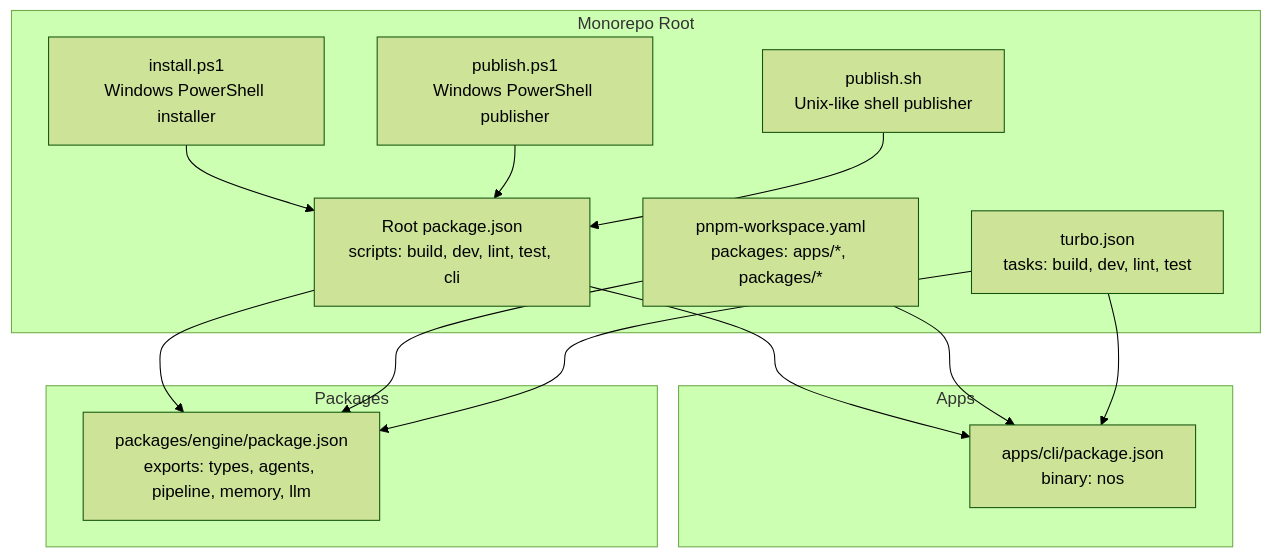
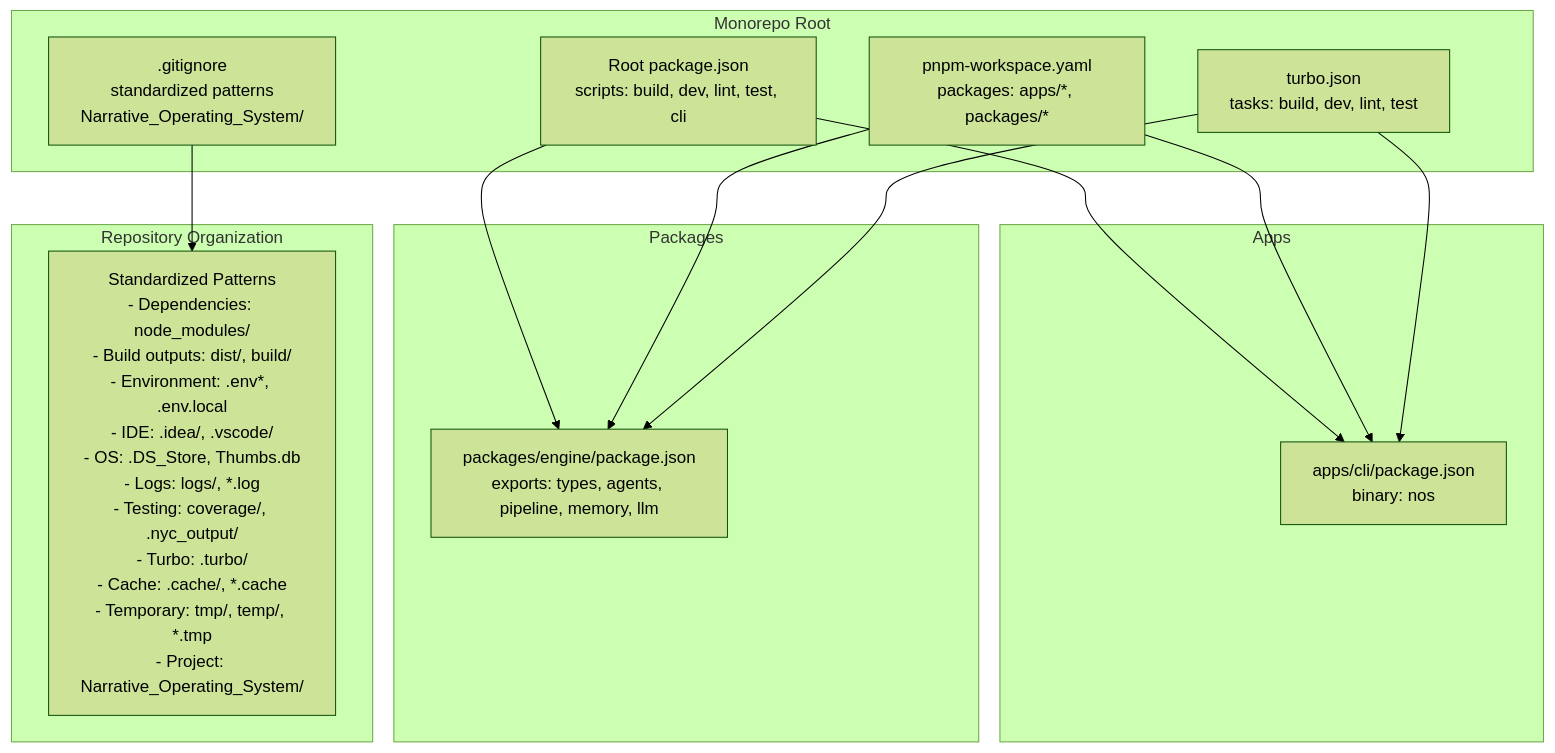
The first of 10 diagrams in .qoder/repowiki/en/content/Development and Contributing.md (liwonder/NARRITIVE_OS), drawn with Mermaid (forest theme) before and after one commit. The commit also changed other lines of this file and 2 other files, not shown here.

````diff
--- a/.qoder/repowiki/en/content/Development and Contributing.md
+++ b/.qoder/repowiki/en/content/Development and Contributing.md
@@ -59,26 +59,25 @@
 ```mermaid
 graph TB
 subgraph "Monorepo Root"
 ROOT_PKG["Root package.json<br/>scripts: build, dev, lint, test, cli"]
 WS["pnpm-workspace.yaml<br/>packages: apps/*, packages/*"]
 TURBO["turbo.json<br/>tasks: build, dev, lint, test"]
-INSTALL["install.ps1<br/>Windows PowerShell installer"]
-PUBLISH_PS["publish.ps1<br/>Windows PowerShell publisher"]
-PUBLISH_SH["publish.sh<br/>Unix-like shell publisher"]
+GITIGNORE[".gitignore<br/>standardized patterns<br/>Narrative_Operating_System/"]
 end
 subgraph "Apps"
 CLI_PKG["apps/cli/package.json<br/>binary: nos"]
 end
 subgraph "Packages"
 ENG_PKG["packages/engine/package.json<br/>exports: types, agents, pipeline, memory, llm"]
 end
+subgraph "Repository Organization"
+ORG["Standardized Patterns<br/>- Dependencies: node_modules/<br/>- Build outputs: dist/, build/<br/>- Environment: .env*, .env.local<br/>- IDE: .idea/, .vscode/<br/>- OS: .DS_Store, Thumbs.db<br/>- Logs: logs/, *.log<br/>- Testing: coverage/, .nyc_output/<br/>- Turbo: .turbo/<br/>- Cache: .cache/, *.cache<br/>- Temporary: tmp/, temp/, *.tmp<br/>- Project: Narrative_Operating_System/"]
+end
 ROOT_PKG --> CLI_PKG
 ROOT_PKG --> ENG_PKG
 WS --> CLI_PKG
 WS --> ENG_PKG
 TURBO --> CLI_PKG
 TURBO --> ENG_PKG
-INSTALL --> ROOT_PKG
-PUBLISH_PS --> ROOT_PKG
-PUBLISH_SH --> ROOT_PKG
+GITIGNORE --> ORG
 ```
````
